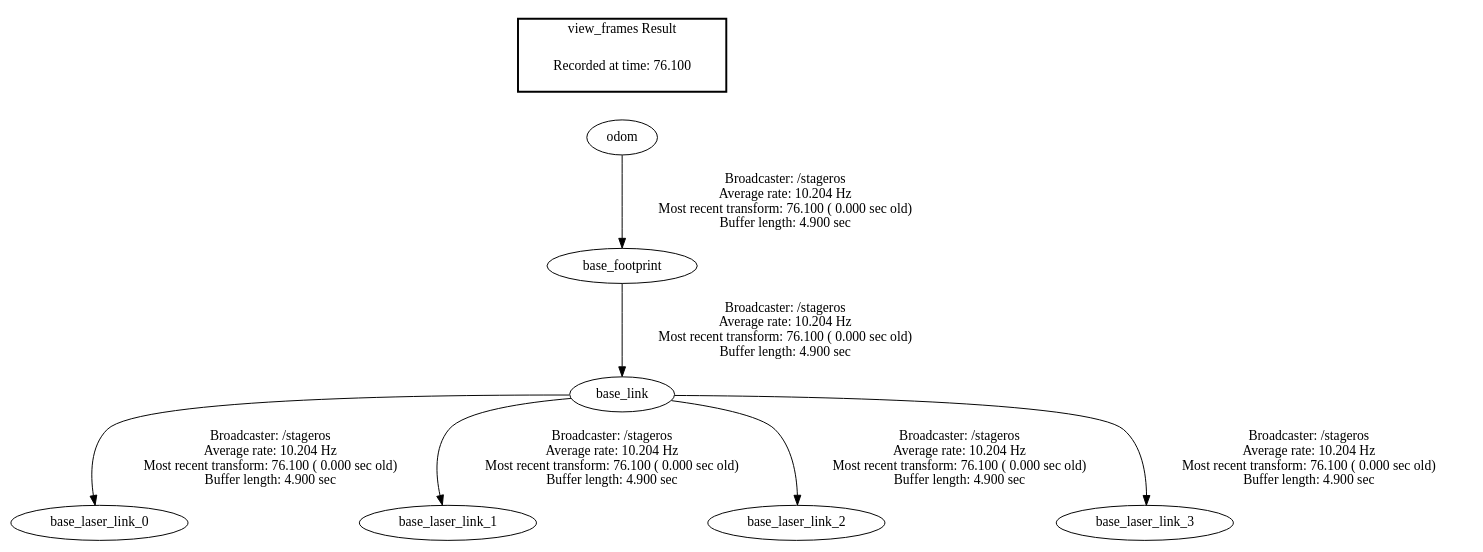
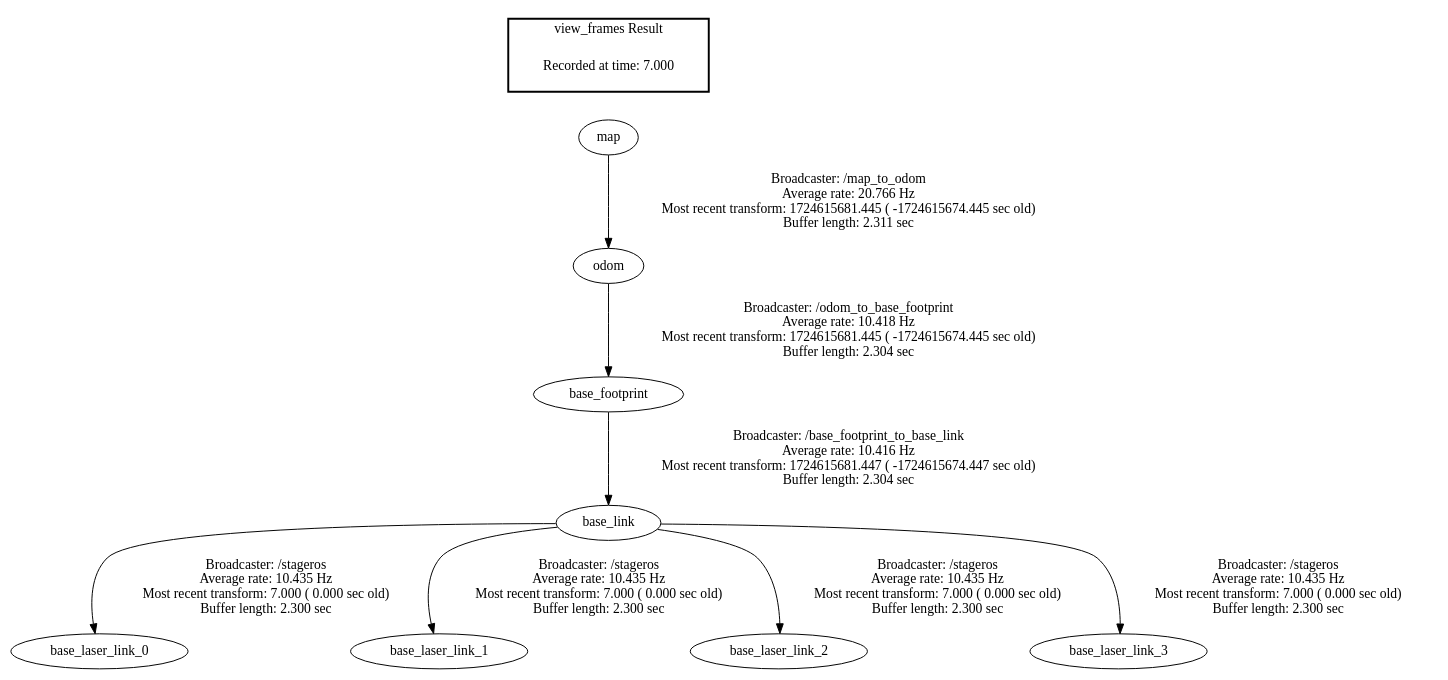
One commit to zeynelerenkinali/ros_maze_solver changed the diagram in frames.gv. Above: the diagram before and after it, drawn with Graphviz. The commit also changed 6 other files, not shown here.

```diff
--- a/frames.gv
+++ b/frames.gv
@@ -1,12 +1,13 @@
 digraph G {
-"base_link" -> "base_laser_link_0"[label="Broadcaster: /stageros\nAverage rate: 10.204 Hz\nMost recent transform: 76.100 ( 0.000 sec old)\nBuffer length: 4.900 sec\n"];
-"base_footprint" -> "base_link"[label="Broadcaster: /stageros\nAverage rate: 10.204 Hz\nMost recent transform: 76.100 ( 0.000 sec old)\nBuffer length: 4.900 sec\n"];
-"base_link" -> "base_laser_link_1"[label="Broadcaster: /stageros\nAverage rate: 10.204 Hz\nMost recent transform: 76.100 ( 0.000 sec old)\nBuffer length: 4.900 sec\n"];
-"base_link" -> "base_laser_link_2"[label="Broadcaster: /stageros\nAverage rate: 10.204 Hz\nMost recent transform: 76.100 ( 0.000 sec old)\nBuffer length: 4.900 sec\n"];
-"base_link" -> "base_laser_link_3"[label="Broadcaster: /stageros\nAverage rate: 10.204 Hz\nMost recent transform: 76.100 ( 0.000 sec old)\nBuffer length: 4.900 sec\n"];
-"odom" -> "base_footprint"[label="Broadcaster: /stageros\nAverage rate: 10.204 Hz\nMost recent transform: 76.100 ( 0.000 sec old)\nBuffer length: 4.900 sec\n"];
+"map" -> "odom"[label="Broadcaster: /map_to_odom\nAverage rate: 20.766 Hz\nMost recent transform: 1724615681.445 ( -1724615674.445 sec old)\nBuffer length: 2.311 sec\n"];
+"odom" -> "base_footprint"[label="Broadcaster: /odom_to_base_footprint\nAverage rate: 10.418 Hz\nMost recent transform: 1724615681.445 ( -1724615674.445 sec old)\nBuffer length: 2.304 sec\n"];
+"base_footprint" -> "base_link"[label="Broadcaster: /base_footprint_to_base_link\nAverage rate: 10.416 Hz\nMost recent transform: 1724615681.447 ( -1724615674.447 sec old)\nBuffer length: 2.304 sec\n"];
+"base_link" -> "base_laser_link_0"[label="Broadcaster: /stageros\nAverage rate: 10.435 Hz\nMost recent transform: 7.000 ( 0.000 sec old)\nBuffer length: 2.300 sec\n"];
+"base_link" -> "base_laser_link_1"[label="Broadcaster: /stageros\nAverage rate: 10.435 Hz\nMost recent transform: 7.000 ( 0.000 sec old)\nBuffer length: 2.300 sec\n"];
+"base_link" -> "base_laser_link_2"[label="Broadcaster: /stageros\nAverage rate: 10.435 Hz\nMost recent transform: 7.000 ( 0.000 sec old)\nBuffer length: 2.300 sec\n"];
+"base_link" -> "base_laser_link_3"[label="Broadcaster: /stageros\nAverage rate: 10.435 Hz\nMost recent transform: 7.000 ( 0.000 sec old)\nBuffer length: 2.300 sec\n"];
 edge [style=invis];
  subgraph cluster_legend { style=bold; color=black; label ="view_frames Result";
-"Recorded at time: 76.100"[ shape=plaintext ] ;
- }->"odom";
+"Recorded at time: 7.000"[ shape=plaintext ] ;
+ }->"map";
 }
```
